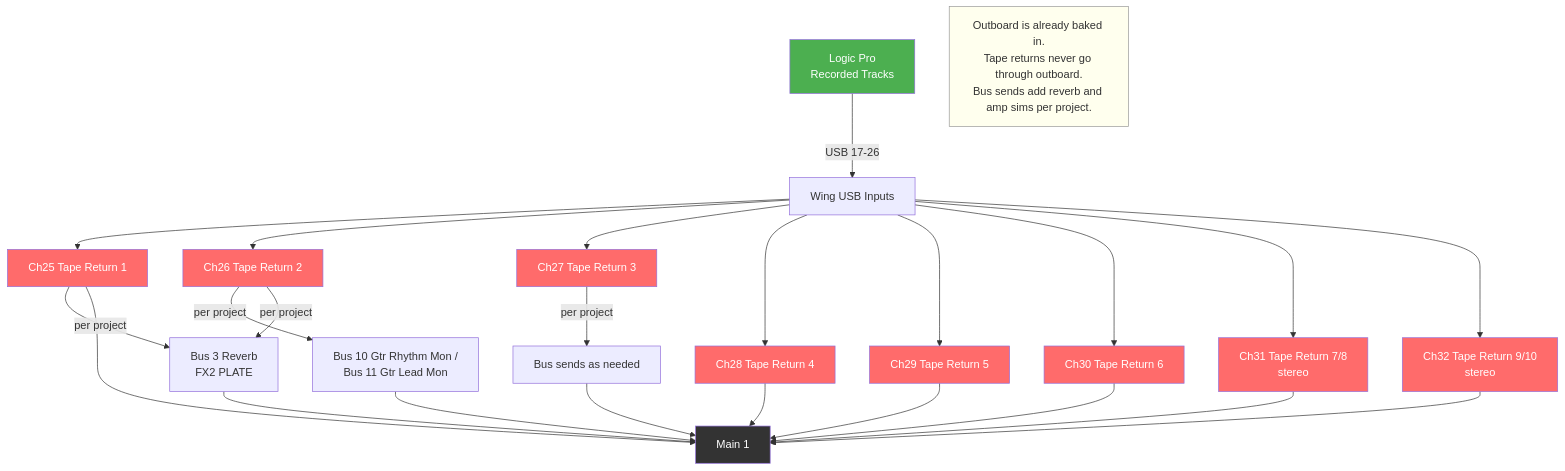
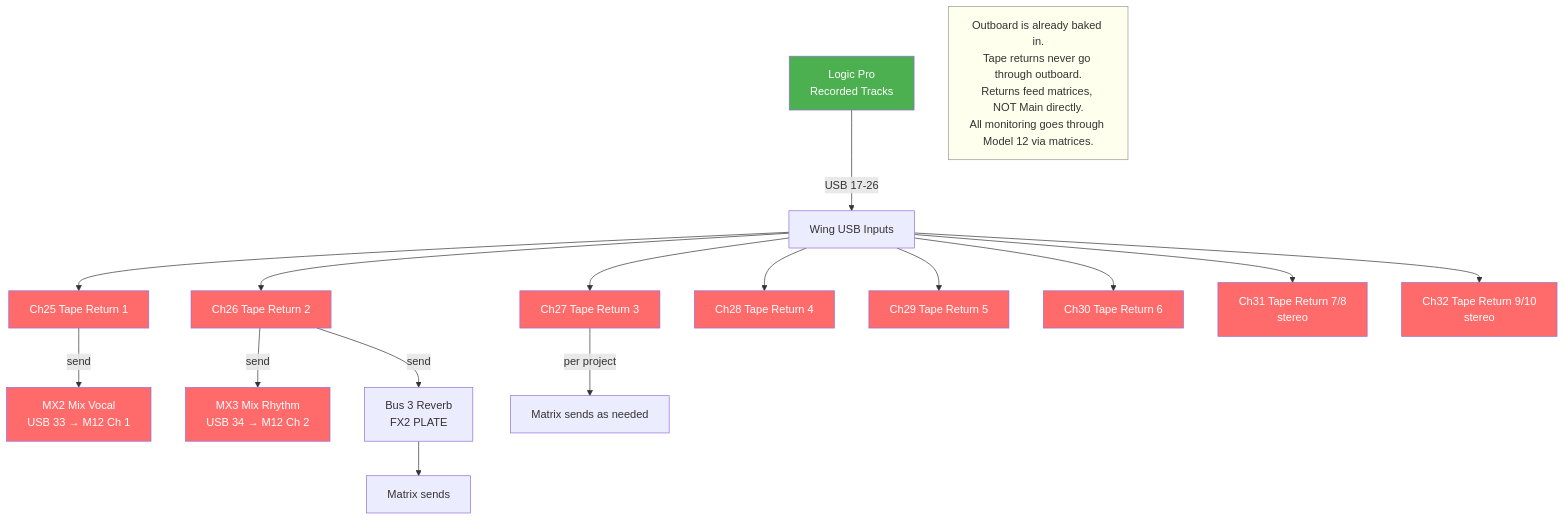
Before and after one commit to ldenman/studio-setup: the seventh of 21 diagrams in docs/diagrams.md, drawn with Mermaid. The commit also changed other lines of this file and 1 other file, not shown here.

First line of the commit message:
Update all diagrams for mix matrices and tape aux loop

````diff
--- a/docs/diagrams.md
+++ b/docs/diagrams.md
@@ -178,43 +296,35 @@
 ```mermaid
 graph TD
     LOGIC[Logic Pro<br/>Recorded Tracks] -->|USB 17-26| WING[Wing USB Inputs]
 
     WING --> CH25[Ch25 Tape Return 1]
     WING --> CH26[Ch26 Tape Return 2]
     WING --> CH27[Ch27 Tape Return 3]
     WING --> CH28[Ch28 Tape Return 4]
     WING --> CH29[Ch29 Tape Return 5]
     WING --> CH30[Ch30 Tape Return 6]
     WING --> CH31[Ch31 Tape Return 7/8<br/>stereo]
     WING --> CH32[Ch32 Tape Return 9/10<br/>stereo]
 
-    CH25 -->|per project| BUS3[Bus 3 Reverb<br/>FX2 PLATE]
-    CH26 -->|per project| BUS10[Bus 10 Gtr Rhythm Mon /<br/>Bus 11 Gtr Lead Mon]
-    CH26 -->|per project| BUS3
-    CH27 -->|per project| SENDS[Bus sends as needed]
+    CH25 -->|send| MX2[MX2 Mix Vocal<br/>USB 33 → M12 Ch 1]
+    CH26 -->|send| MX3[MX3 Mix Rhythm<br/>USB 34 → M12 Ch 2]
+    CH26 -->|send| BUS3[Bus 3 Reverb<br/>FX2 PLATE]
+    CH27 -->|per project| SENDS[Matrix sends as needed]
 
-    BUS3 --> MAIN[Main 1]
-    BUS10 --> MAIN
-    SENDS --> MAIN
+    BUS3 --> MX_FX[Matrix sends]
 
-    CH25 --> MAIN
-    CH28 --> MAIN
-    CH29 --> MAIN
-    CH30 --> MAIN
-    CH31 --> MAIN
-    CH32 --> MAIN
-
-    NOTE[Outboard is already baked in.<br/>Tape returns never go through outboard.<br/>Bus sends add reverb and amp sims per project.]
+    NOTE[Outboard is already baked in.<br/>Tape returns never go through outboard.<br/>Returns feed matrices, NOT Main directly.<br/>All monitoring goes through Model 12 via matrices.]
 
     style LOGIC fill:#4CAF50,color:#fff
-    style MAIN fill:#333,color:#fff
     style NOTE fill:#ffe,stroke:#999
     style CH25 fill:#FF6B6B,color:#fff
     style CH26 fill:#FF6B6B,color:#fff
     style CH27 fill:#FF6B6B,color:#fff
     style CH28 fill:#FF6B6B,color:#fff
     style CH29 fill:#FF6B6B,color:#fff
     style CH30 fill:#FF6B6B,color:#fff
     style CH31 fill:#FF6B6B,color:#fff
     style CH32 fill:#FF6B6B,color:#fff
+    style MX2 fill:#FF6B6B,color:#fff
+    style MX3 fill:#FF6B6B,color:#fff
 ```
````
